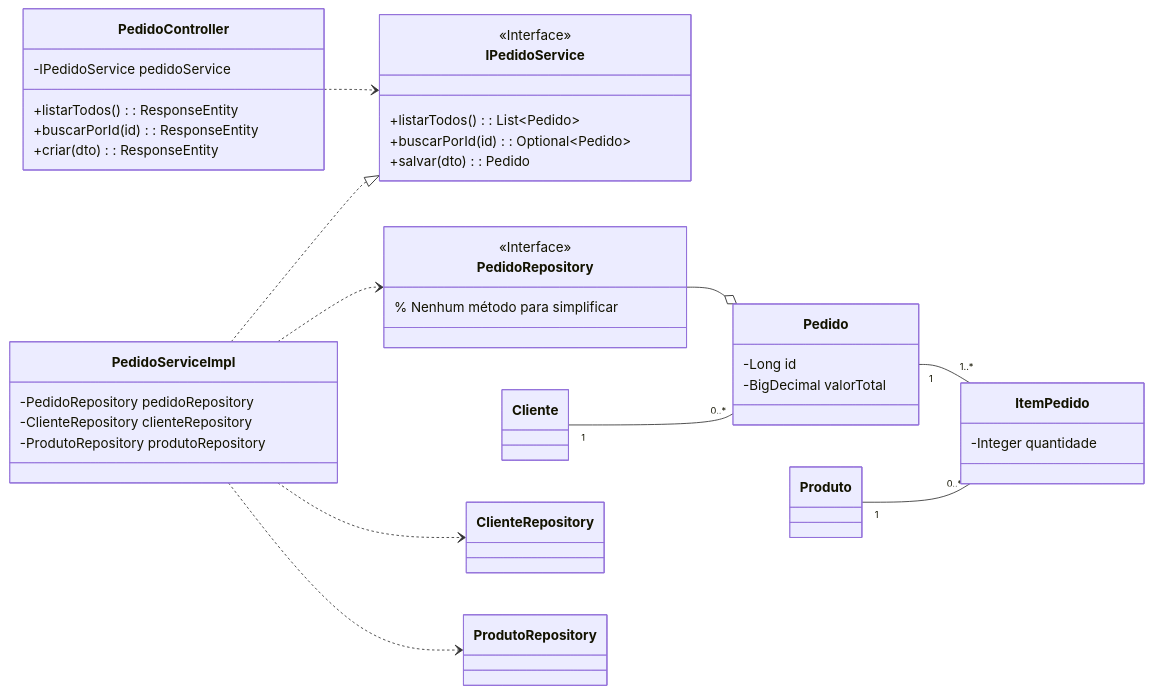
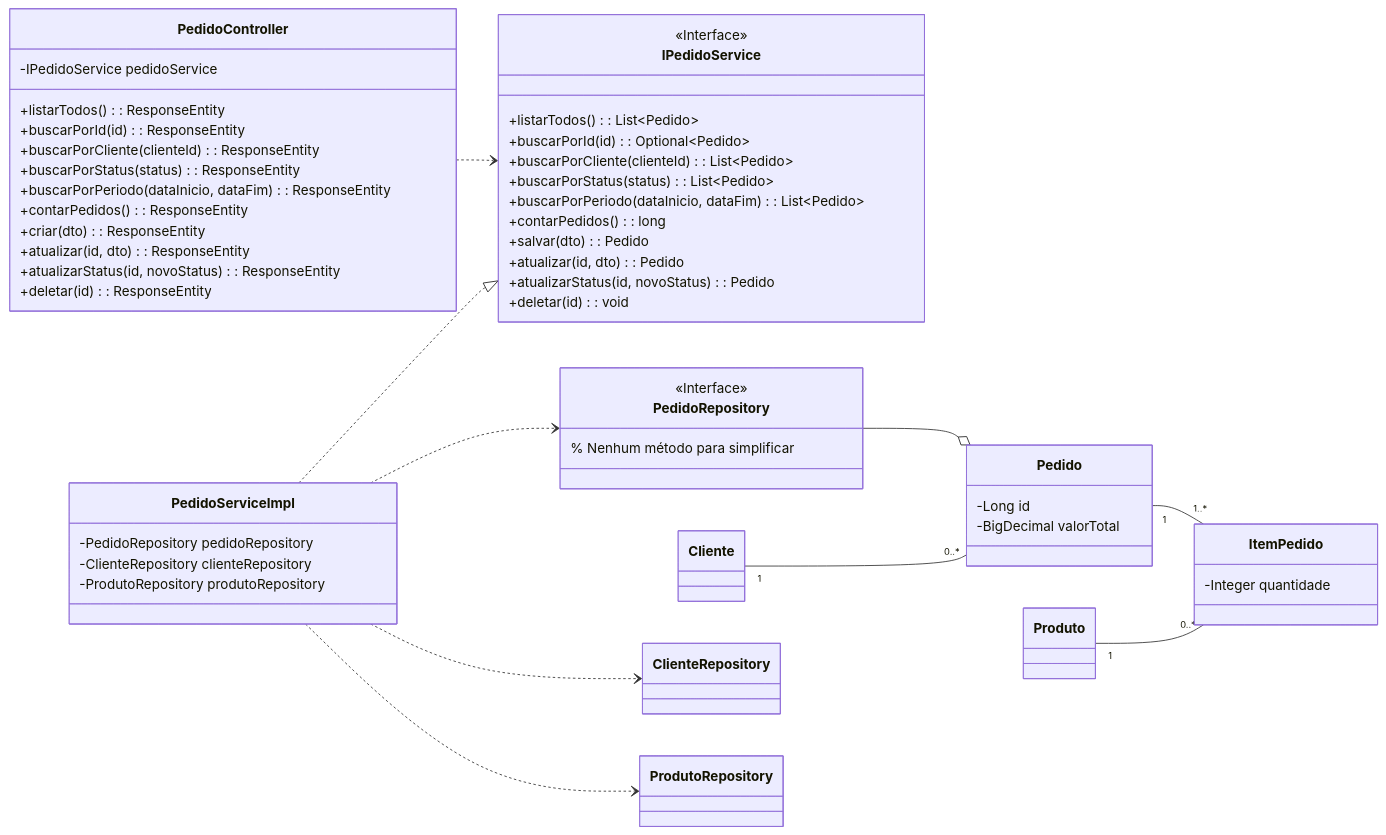
One commit to iagobrdev/orders-bootcamp changed the seventh of 8 diagrams in DESENHO_ARQUITETURAL.md. Above: the diagram before and after it, drawn with Mermaid.

Commit message:
desenho arquitetura

````diff
--- a/DESENHO_ARQUITETURAL.md
+++ b/DESENHO_ARQUITETURAL.md
@@ -328,52 +328,66 @@
 ```mermaid
 classDiagram
     direction LR
     
     class PedidoController {
         -IPedidoService pedidoService
         +listarTodos() : ResponseEntity
         +buscarPorId(id) : ResponseEntity
+        +buscarPorCliente(clienteId) : ResponseEntity
+        +buscarPorStatus(status) : ResponseEntity
+        +buscarPorPeriodo(dataInicio, dataFim) : ResponseEntity
+        +contarPedidos() : ResponseEntity
         +criar(dto) : ResponseEntity
+        +atualizar(id, dto) : ResponseEntity
+        +atualizarStatus(id, novoStatus) : ResponseEntity
+        +deletar(id) : ResponseEntity
     }
 
     class IPedidoService {
         +listarTodos() : List~Pedido~
         +buscarPorId(id) : Optional~Pedido~
+        +buscarPorCliente(clienteId) : List~Pedido~
+        +buscarPorStatus(status) : List~Pedido~
+        +buscarPorPeriodo(dataInicio, dataFim) : List~Pedido~
+        +contarPedidos() : long
         +salvar(dto) : Pedido
+        +atualizar(id, dto) : Pedido
+        +atualizarStatus(id, novoStatus) : Pedido
+        +deletar(id) : void
     }
     <<Interface>> IPedidoService
 
     class PedidoServiceImpl {
         -PedidoRepository pedidoRepository
         -ClienteRepository clienteRepository
         -ProdutoRepository produtoRepository
     }
     
     class PedidoRepository {
         % Nenhum método para simplificar
     }
     <<Interface>> PedidoRepository
     
     class Pedido {
         -Long id
         -BigDecimal valorTotal
     }
     
     class ItemPedido {
         -Integer quantidade
     }
 
     class Cliente
     class Produto
 
     PedidoController ..> IPedidoService
     PedidoServiceImpl ..|> IPedidoService
     PedidoServiceImpl ..> PedidoRepository
     PedidoServiceImpl ..> ClienteRepository
     PedidoServiceImpl ..> ProdutoRepository
     
     PedidoRepository --o Pedido
     Pedido "1" -- "1..*" ItemPedido
     Cliente "1" -- "0..*" Pedido
     Produto "1" -- "0..*" ItemPedido
 ```
````
